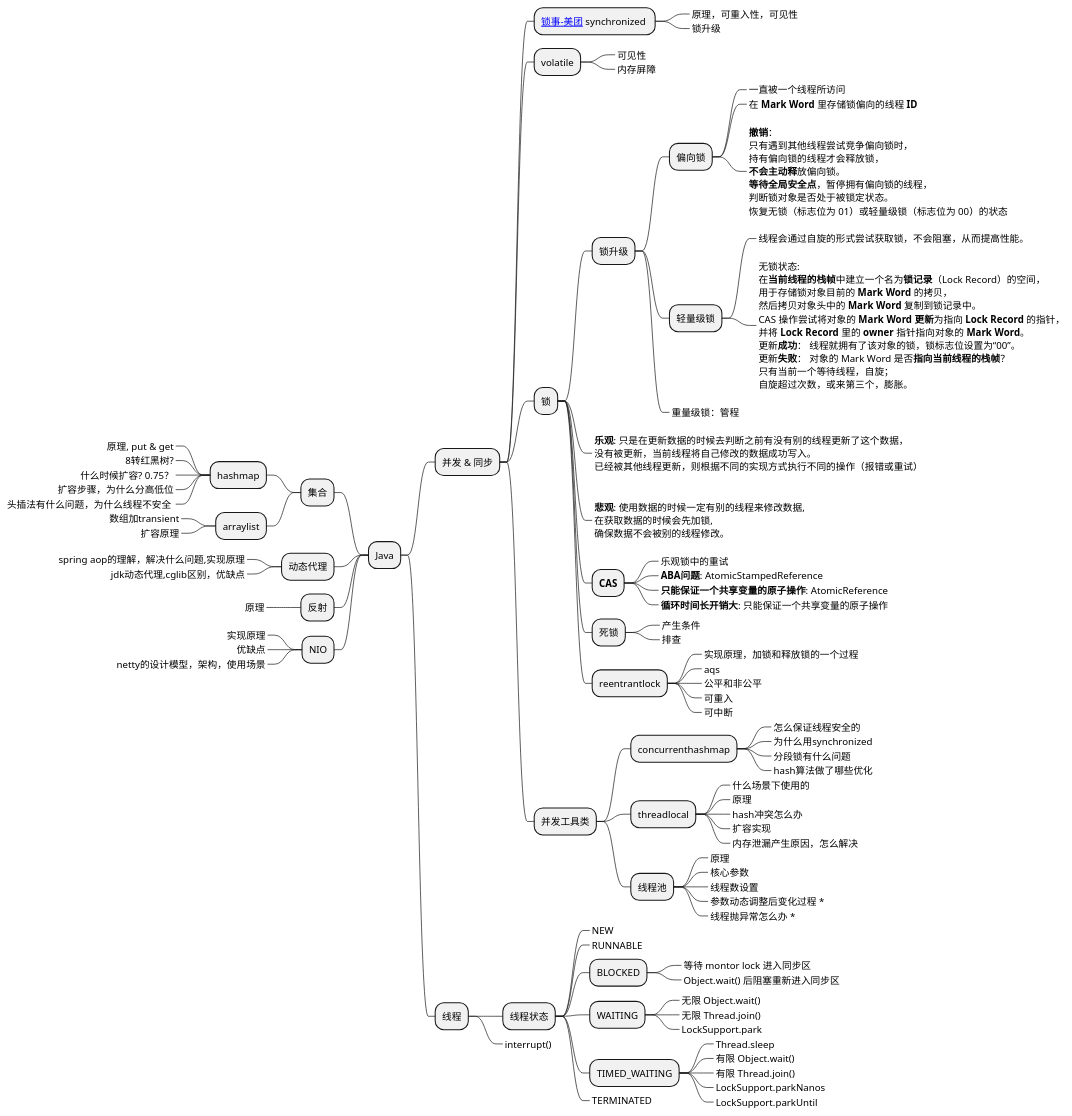
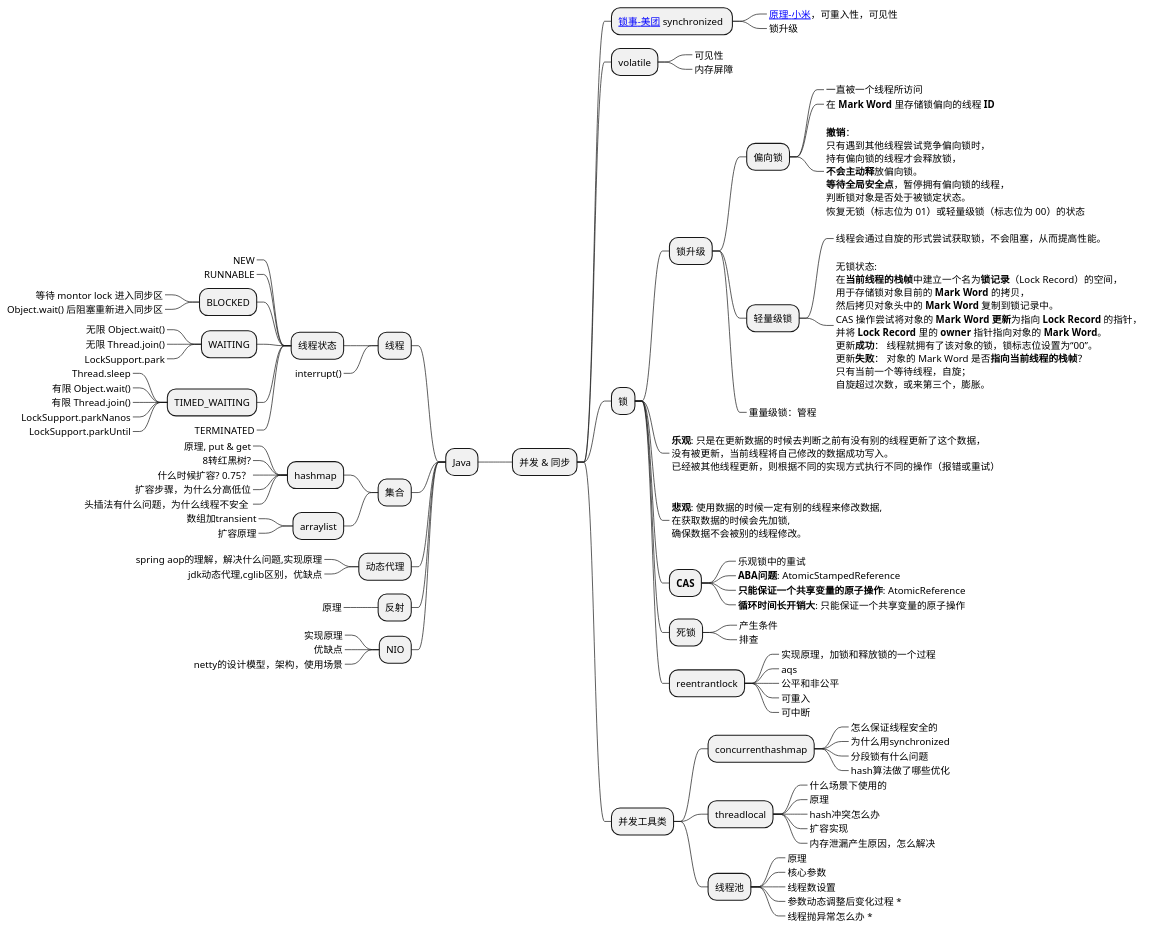
One commit to Gh0st99/Gh0st99.github.io changed the first of 11 diagrams in _posts/2021-05-27-查漏补缺.md. Above: the diagram before and after it, drawn with PlantUML.

Commit message:
查漏补缺

```diff
--- a/_posts/2021-05-27-查漏补缺.md
+++ b/_posts/2021-05-27-查漏补缺.md
@@ -16,7 +16,7 @@
 ** 并发 & 同步
 
 *** [[https://tech.meituan.com/2018/11/15/java-lock.html 锁事-美团]] synchronized 
-****_ 原理，可重入性，可见性
+****_ [[https://xiaomi-info.github.io/2020/03/24/synchronized/ 原理-小米]]，可重入性，可见性
 ****_ 锁升级
 
 *** volatile
@@ -98,6 +98,8 @@
 *****_ 线程抛异常怎么办 *
 
 
+left side
+
 ** 线程
 *** 线程状态
 ****_ NEW
@@ -119,7 +121,6 @@
 
 ***_ interrupt()
 
-left side
 ** 集合
 
 *** hashmap
```
